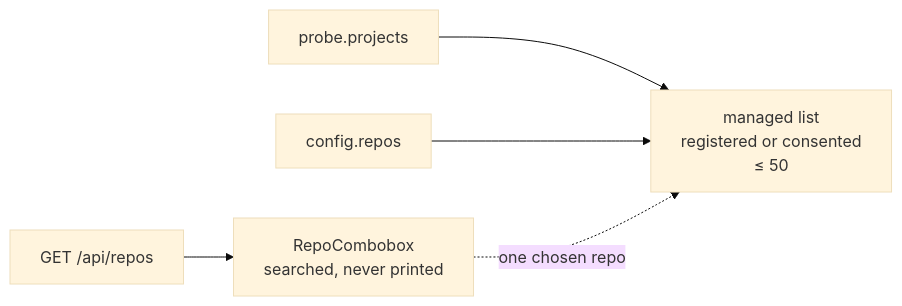
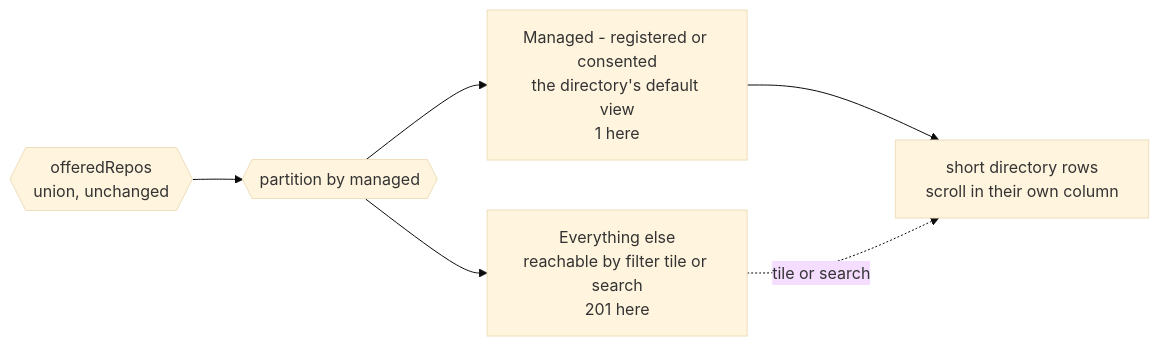
One commit to teamupstart/mission-control changed the second of 2 diagrams in docs/plans/conductor-settings-redesign/plan.md. Above: the diagram before and after it, drawn with Mermaid (base theme). The commit also changed other lines of this file and 1 other file, not shown here.

First line of the commit message:
Resolve the Conductor settings plan to directory and detail

````diff
--- a/docs/plans/conductor-settings-redesign/plan.md
+++ b/docs/plans/conductor-settings-redesign/plan.md
@@ -110,7 +99,8 @@
 ```mermaid
 flowchart LR
-  B2["probe.projects"] --> M["managed list<br/>registered or consented<br/>&le; 50"]
-  C2["config.repos"] --> M
-  A2["GET /api/repos"] --> P["RepoCombobox<br/>searched, never printed"]
-  P -.->|"one chosen repo"| M
+  U2{{"offeredRepos<br/>union, unchanged"}} --> P{{"partition by managed"}}
+  P --> M["Managed - registered or consented<br/>the directory's default view<br/>1 here"]
+  P --> R["Everything else<br/>reachable by filter tile or search<br/>201 here"]
+  M --> D["short directory rows<br/>scroll in their own column"]
+  R -.->|"tile or search"| D
 ```
````
